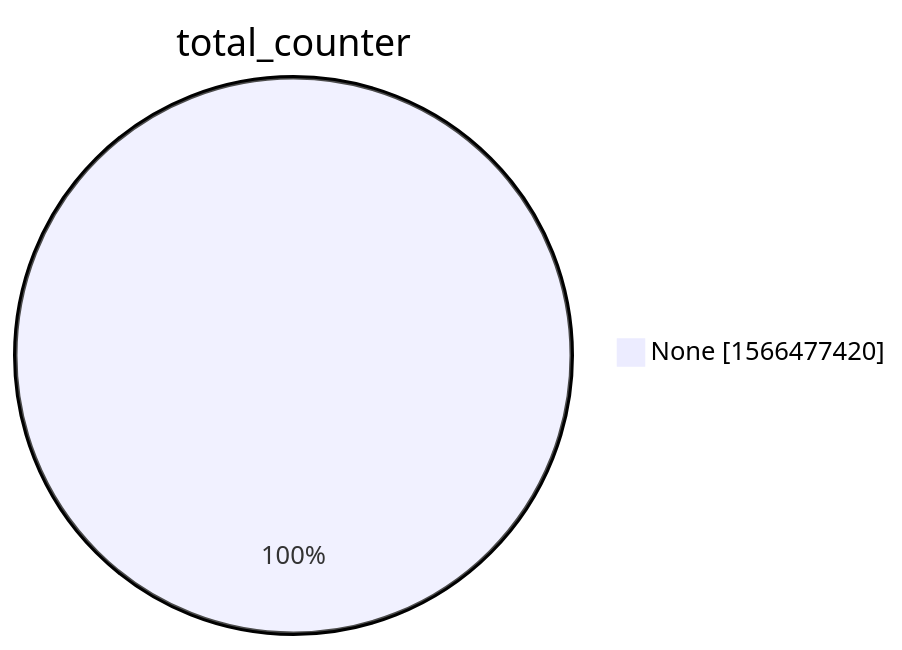
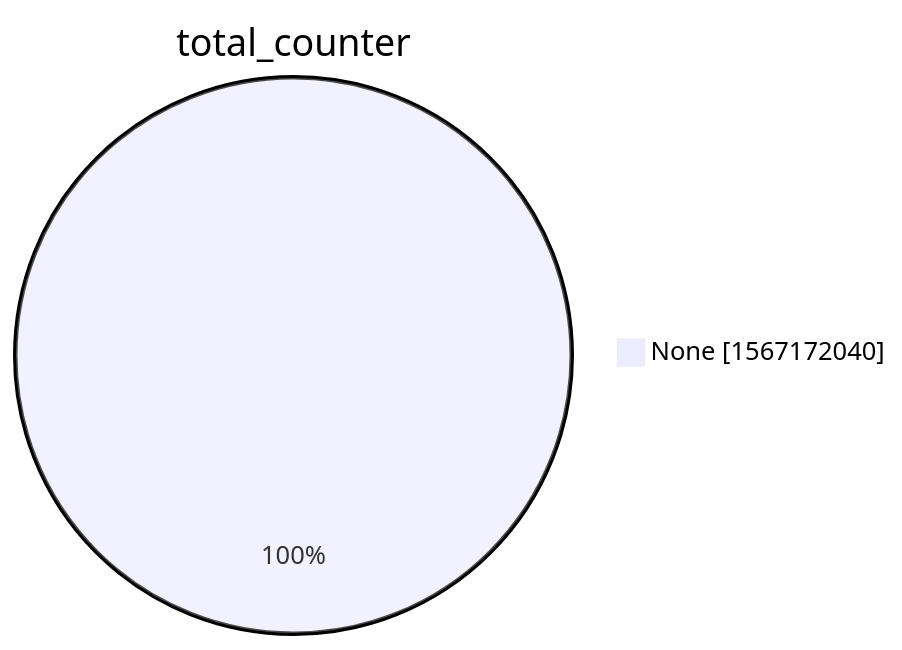
One commit to christiankrug/ctmonitor_visualization changed the second of 15 diagrams in xenon2022/README.md. Above: the diagram before and after it, drawn with Mermaid. The commit also changed other lines of this file, not shown here.

````diff
--- a/xenon2022/README.md
+++ b/xenon2022/README.md
@@ -9,5 +9,5 @@
 ```mermaid
 pie showData
 title total_counter
-"None" :1566477420
+"None" :1567172040
 ```
````
